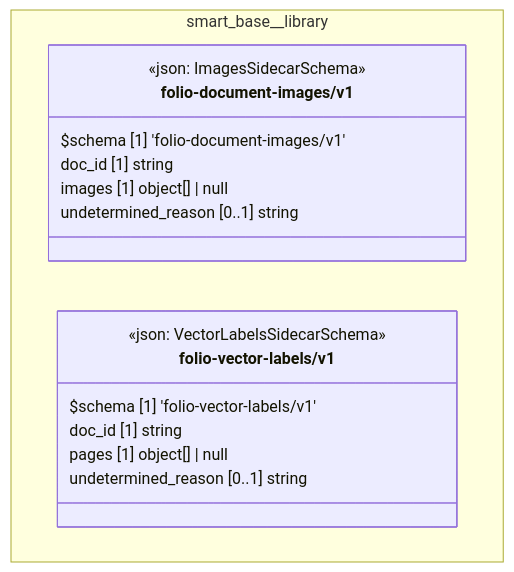
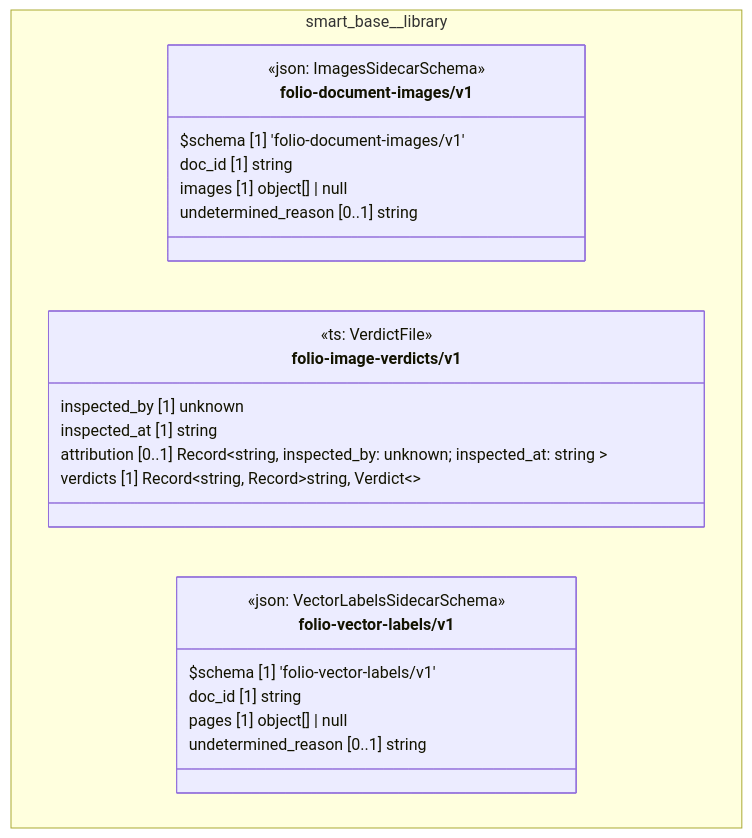
Before and after one commit to litlfred/folio-assistant: the diagram in cat-harness/uml/overview/smart-base/library.mmd, drawn with Mermaid. The commit also changed 330 other files, not shown here.

```diff
--- a/cat-harness/uml/overview/smart-base/library.mmd
+++ b/cat-harness/uml/overview/smart-base/library.mmd
@@ -1,20 +1,28 @@
 classDiagram
   direction TB
   namespace smart_base__library {
     class smart_base_library_folio_document_images_v1_folio_document_images_v1["folio-document-images/v1"] {
       <<json: ImagesSidecarSchema>>
       $schema [1] 'folio-document-images/v1'
       doc_id [1] string
       images [1] object[] | null
       undetermined_reason [0..1] string
     }
+    class smart_base_library_folio_image_verdicts_v1["folio-image-verdicts/v1"] {
+      <<ts: VerdictFile>>
+      inspected_by [1] unknown
+      inspected_at [1] string
+      attribution [0..1] Record~string,  inspected_by: unknown; inspected_at: string ~
+      verdicts [1] Record~string, Record~string, Verdict~~
+    }
     class smart_base_library_folio_vector_labels_v1_folio_vector_labels_v1["folio-vector-labels/v1"] {
       <<json: VectorLabelsSidecarSchema>>
       $schema [1] 'folio-vector-labels/v1'
       doc_id [1] string
       pages [1] object[] | null
       undetermined_reason [0..1] string
     }
   }
   cssClass "smart_base_library_folio_document_images_v1_folio_document_images_v1" fa_uml_kind_library
+  cssClass "smart_base_library_folio_image_verdicts_v1" fa_uml_kind_library
   cssClass "smart_base_library_folio_vector_labels_v1_folio_vector_labels_v1" fa_uml_kind_library
```
